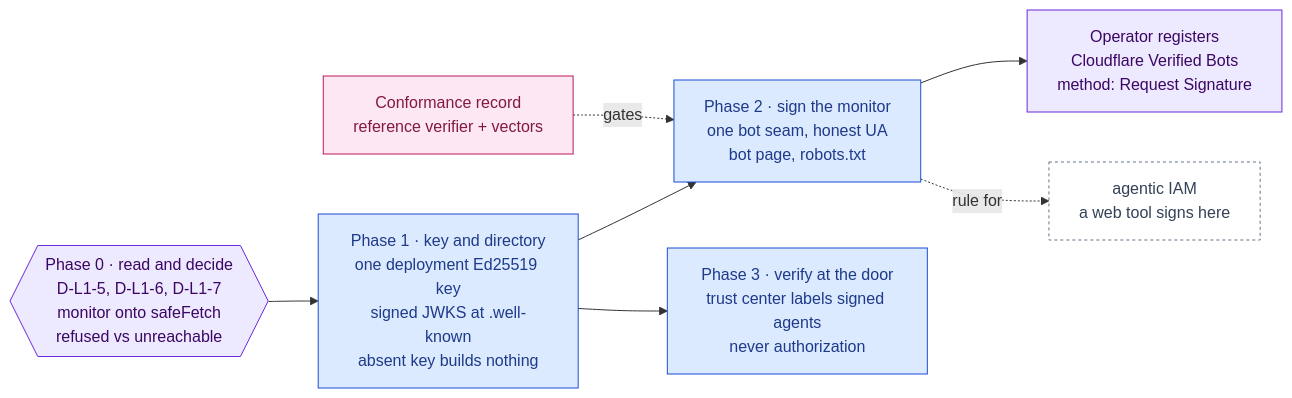
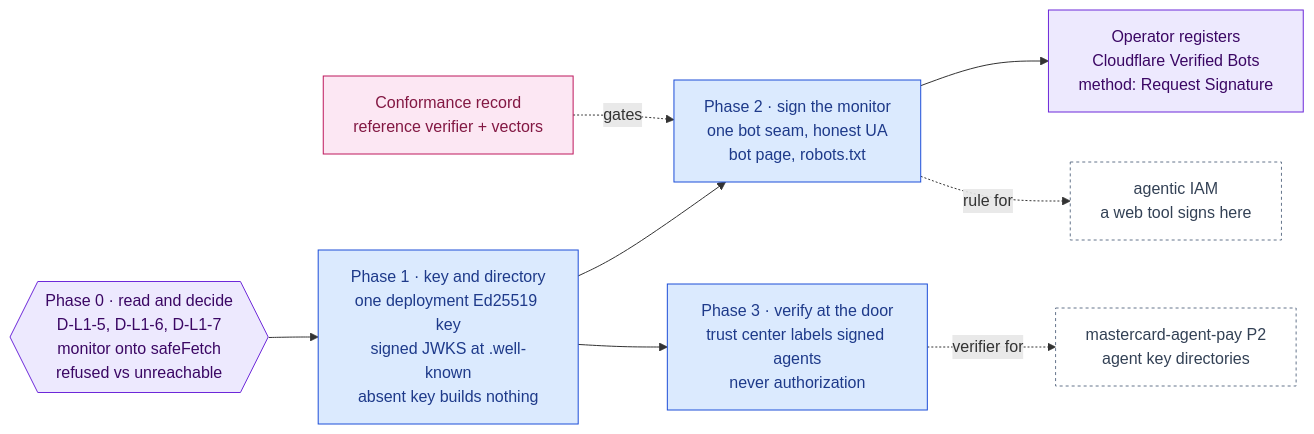
Before and after one commit to RodnaPamet/inflect-compliance: the diagram in docs/ai-architecture/web-bot-auth.md, drawn with Mermaid. The commit also changed other lines of this file and 4 other files, not shown here.

````diff
--- a/docs/ai-architecture/web-bot-auth.md
+++ b/docs/ai-architecture/web-bot-auth.md
@@ -29,21 +29,23 @@
 ```mermaid
 flowchart LR
   P0{{"Phase 0 · read and decide<br/>D-L1-5, D-L1-6, D-L1-7<br/>monitor onto safeFetch<br/>refused vs unreachable"}}:::gate
   P1["Phase 1 · key and directory<br/>one deployment Ed25519 key<br/>signed JWKS at .well-known<br/>absent key builds nothing"]:::todo
   P2["Phase 2 · sign the monitor<br/>one bot seam, honest UA<br/>bot page, robots.txt"]:::todo
   REG["Operator registers<br/>Cloudflare Verified Bots<br/>method: Request Signature"]:::gate
   P3["Phase 3 · verify at the door<br/>trust center labels signed agents<br/>never authorization"]:::todo
   REC["Conformance record<br/>reference verifier + vectors"]:::eval
   IAM["agentic IAM<br/>a web tool signs here"]:::ext
+  AP["mastercard-agent-pay P2<br/>agent key directories"]:::ext
   P0 --> P1 --> P2 --> REG
   P1 --> P3
   REC -.->|gates| P2
   P2 -.->|rule for| IAM
+  P3 -.->|verifier for| AP
 
   classDef done fill:#d1fae5,stroke:#047857,color:#064e3b
   classDef todo fill:#dbeafe,stroke:#1d4ed8,color:#1e3a8a
   classDef gate fill:#ede9fe,stroke:#6d28d9,color:#3b0764
   classDef ext fill:#ffffff,stroke:#64748b,color:#334155,stroke-dasharray:3 3
   classDef eval fill:#fce7f3,stroke:#be185d,color:#831843
   classDef declined fill:#f3f4f6,stroke:#6b7280,color:#374151,stroke-dasharray:4 3
 ```
````
